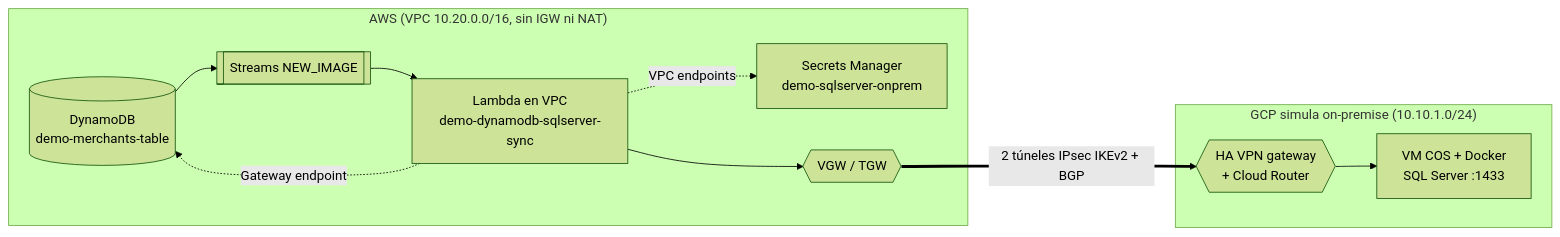
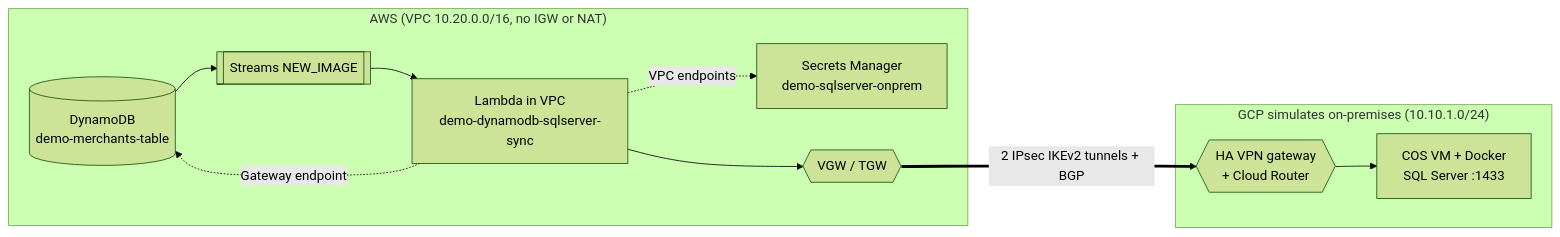
Before and after one commit to VillaviH/demo-aws-gcp-vpn: the diagram in README.md, drawn with Mermaid (forest theme). The commit also changed other lines of this file and 1 other file, not shown here.

````diff
--- a/README.md
+++ b/README.md
@@ -16,20 +11,20 @@
 ```mermaid
 flowchart LR
-  subgraph AWS["AWS (VPC 10.20.0.0/16, sin IGW ni NAT)"]
+  subgraph AWS["AWS (VPC 10.20.0.0/16, no IGW or NAT)"]
     DDB[(DynamoDB<br/>demo-merchants-table)]
     STR[[Streams NEW_IMAGE]]
-    LMB[Lambda en VPC<br/>demo-dynamodb-sqlserver-sync]
+    LMB[Lambda in VPC<br/>demo-dynamodb-sqlserver-sync]
     SM[Secrets Manager<br/>demo-sqlserver-onprem]
     VGW{{VGW / TGW}}
     DDB --> STR --> LMB
     LMB -. VPC endpoints .-> SM
     LMB -. Gateway endpoint .-> DDB
     LMB --> VGW
   end
-  subgraph GCP["GCP simula on-premise (10.10.1.0/24)"]
+  subgraph GCP["GCP simulates on-premises (10.10.1.0/24)"]
     HAVPN{{HA VPN gateway<br/>+ Cloud Router}}
-    VM[VM COS + Docker<br/>SQL Server :1433]
+    VM[COS VM + Docker<br/>SQL Server :1433]
     HAVPN --> VM
   end
-  VGW == "2 túneles IPsec IKEv2 + BGP" ==> HAVPN
+  VGW == "2 IPsec IKEv2 tunnels + BGP" ==> HAVPN
 ```
````
